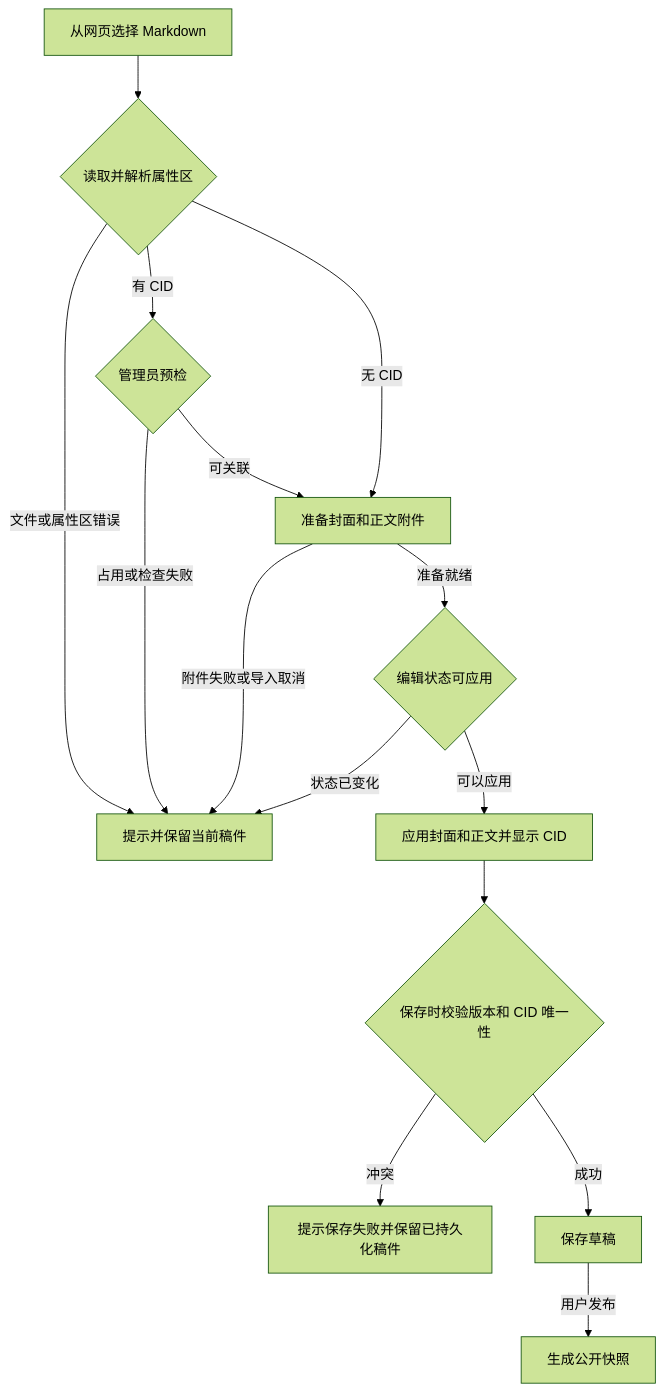
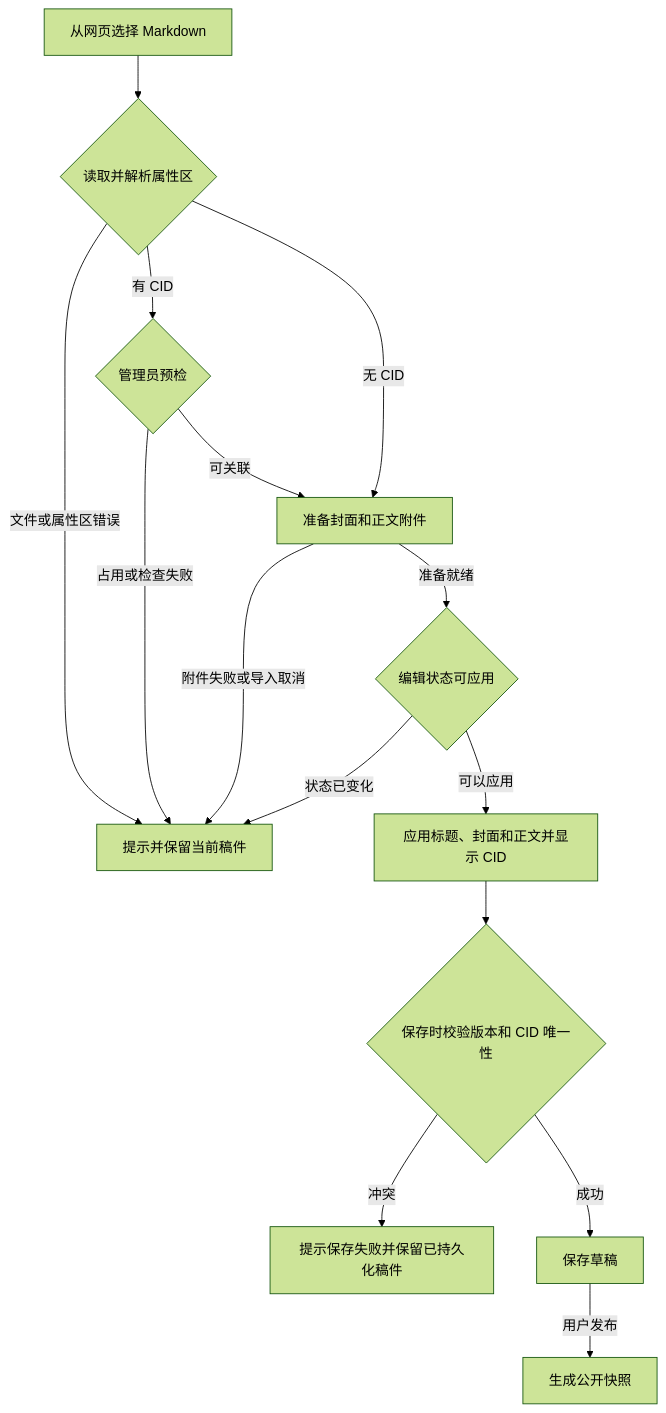
Before and after one commit to KtKID/MadeMe-studio: the diagram in docs/spec/articles/tech-design.md, drawn with Mermaid (forest theme). The commit also changed other lines of this file and 10 other files, not shown here.

````diff
--- a/docs/spec/articles/tech-design.md
+++ b/docs/spec/articles/tech-design.md
@@ -25,17 +26,17 @@
 ```mermaid
 flowchart TD
   A[从网页选择 Markdown] --> B{读取并解析属性区}
   B -->|文件或属性区错误| X[提示并保留当前稿件]
   B -->|有 CID| C{管理员预检}
   B -->|无 CID| D[准备封面和正文附件]
   C -->|占用或检查失败| X
   C -->|可关联| D
   D -->|附件失败或导入取消| X
   D -->|准备就绪| E{编辑状态可应用}
   E -->|状态已变化| X
-  E -->|可以应用| F[应用封面和正文并显示 CID]
+  E -->|可以应用| F[应用标题、封面和正文并显示 CID]
   F --> G{保存时校验版本和 CID 唯一性}
   G -->|冲突| H[提示保存失败并保留已持久化稿件]
   G -->|成功| I[保存草稿]
   I -->|用户发布| J[生成公开快照]
 ```
````
